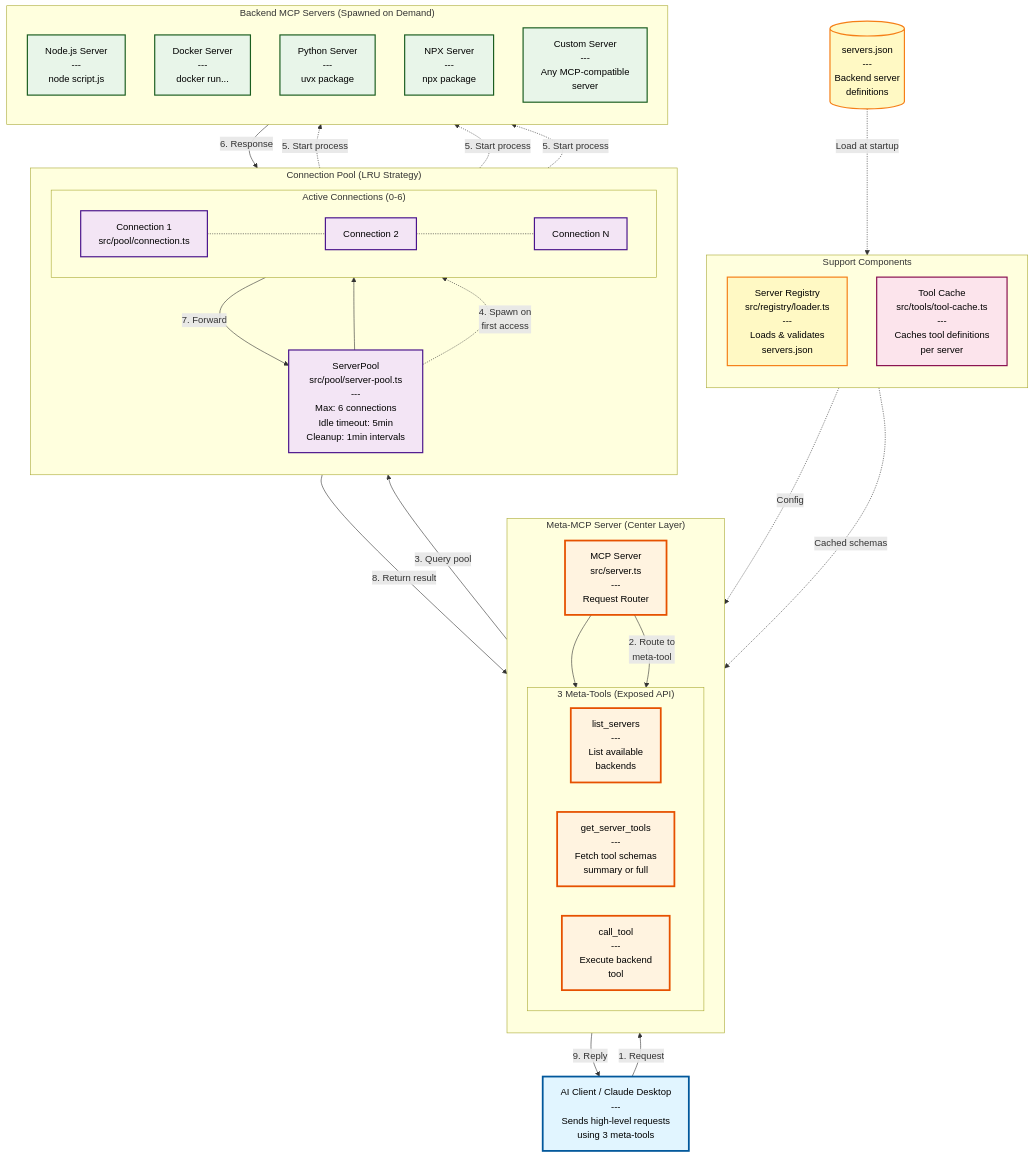
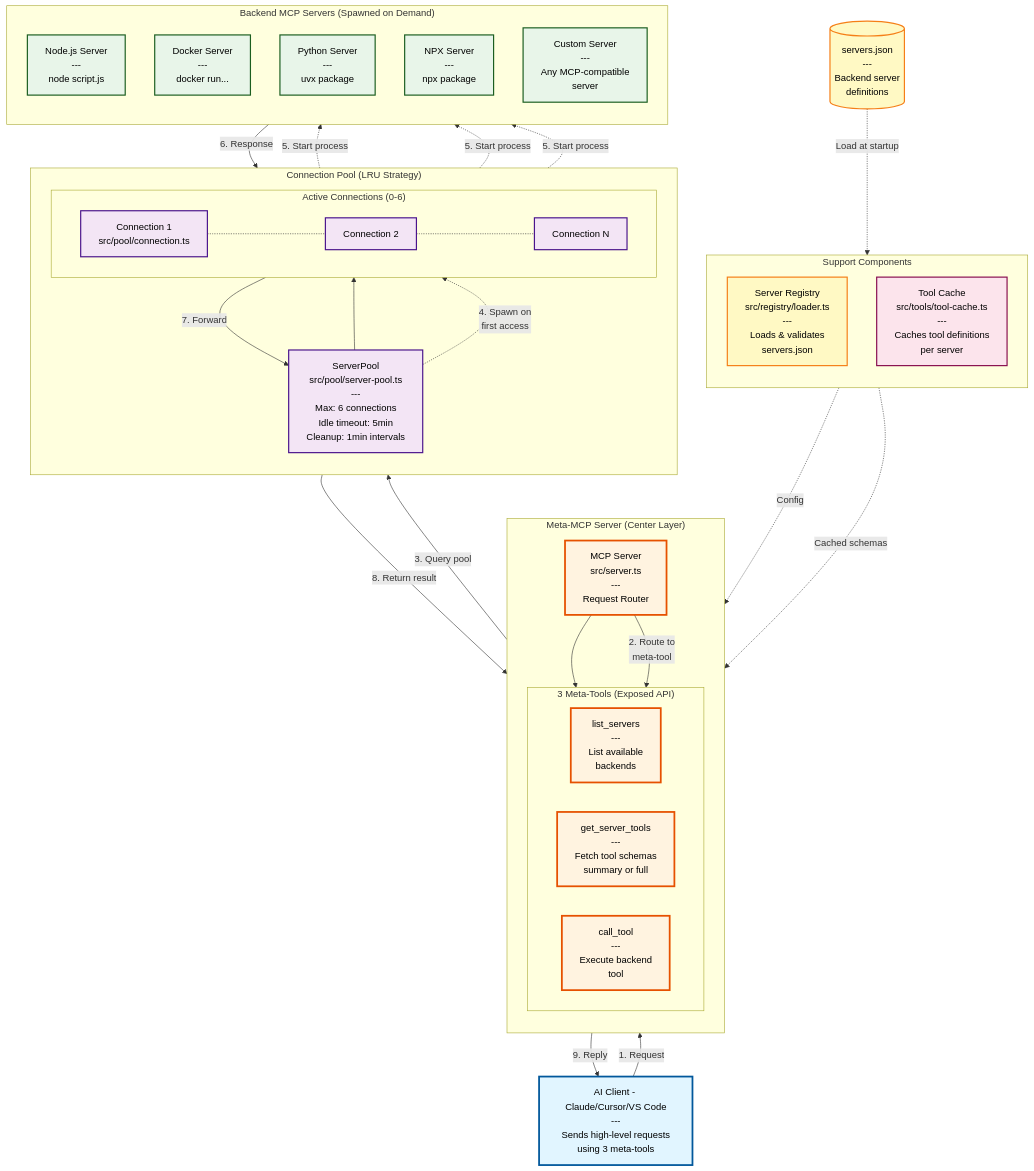
Before and after one commit to blueman82/mcp-exec: the first of 5 diagrams in projects/meta-mcp-server/docs/diagrams/01-system-architecture.md, drawn with Mermaid. The commit also changed other lines of this file and 4 other files, not shown here.

First line of the commit message:
docs: Remove Claude Desktop references and fix Mermaid syntax

```diff
--- a/projects/meta-mcp-server/docs/diagrams/01-system-architecture.md
+++ b/projects/meta-mcp-server/docs/diagrams/01-system-architecture.md
@@ -17,7 +17,7 @@
     classDef configStyle fill:#fff9c4,stroke:#f57f17,stroke-width:2px,color:#000
 
     %% AI Client Layer
-    AI[AI Client / Claude Desktop<br/>---<br/>Sends high-level requests<br/>using 3 meta-tools]
+    AI[AI Client - Claude/Cursor/VS Code<br/>---<br/>Sends high-level requests<br/>using 3 meta-tools]
     class AI clientStyle
 
     %% Meta-MCP Server Layer
```
